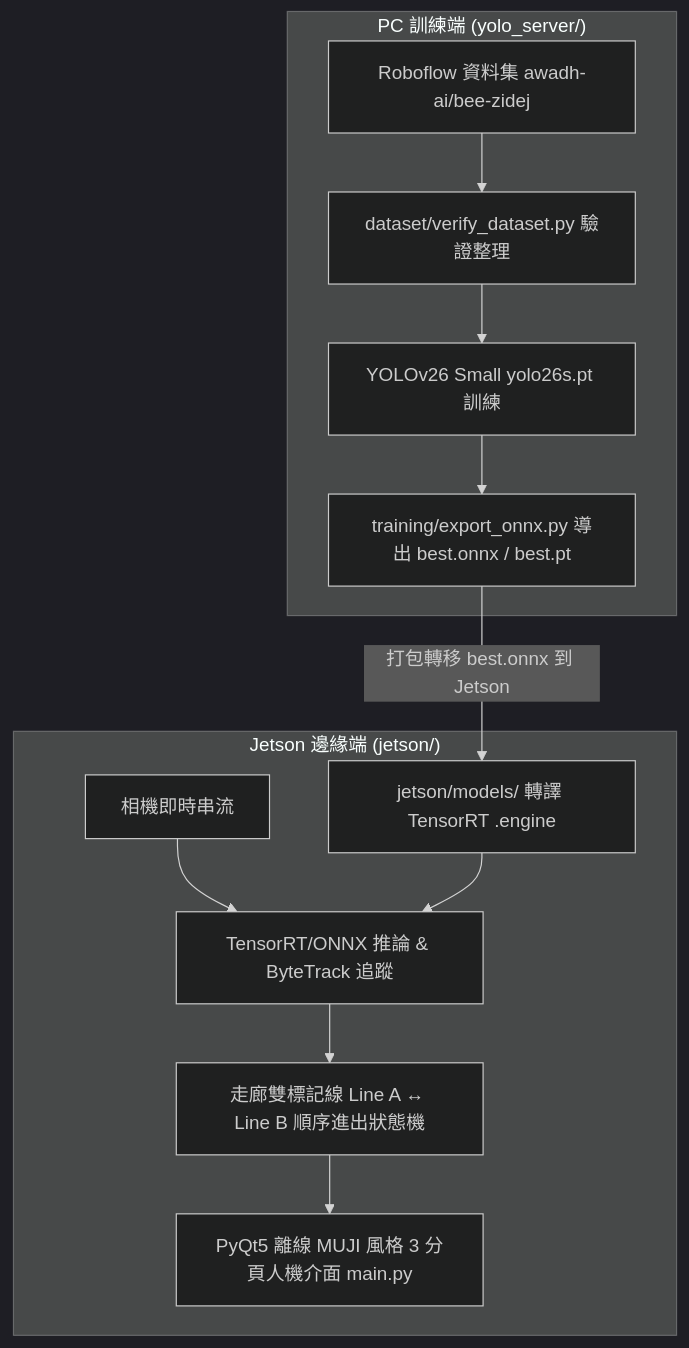
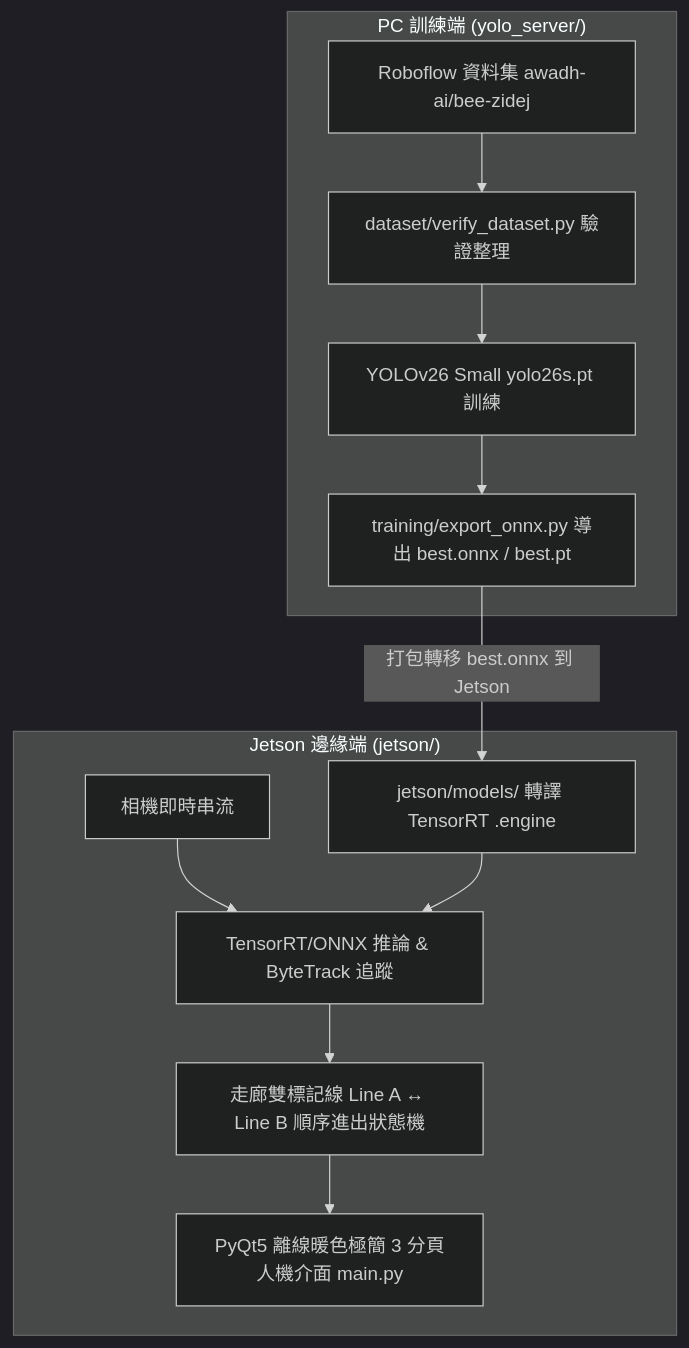
Before and after one commit to 94HappyWang/Bee_project: the diagram in README.md, drawn with Mermaid (dark theme). The commit also changed other lines of this file and 1 other file, not shown here.

````diff
--- a/README.md
+++ b/README.md
@@ -13,16 +13,16 @@
 ```mermaid
 flowchart TD
     subgraph PC ["PC 訓練端 (yolo_server/)"]
         A[Roboflow 資料集 awadh-ai/bee-zidej] --> B[dataset/verify_dataset.py 驗證整理]
         B --> C[YOLOv26 Small yolo26s.pt 訓練]
         C --> D[training/export_onnx.py 導出 best.onnx / best.pt]
     end
 
     subgraph Jetson ["Jetson 邊緣端 (jetson/)"]
         D -->|打包轉移 best.onnx 到 Jetson| E[jetson/models/ 轉譯 TensorRT .engine]
         F[相機即時串流] --> G[TensorRT/ONNX 推論 & ByteTrack 追蹤]
         E --> G
         G --> H[走廊雙標記線 Line A ↔ Line B 順序進出狀態機]
-        H --> I[PyQt5 離線 MUJI 風格 3 分頁人機介面 main.py]
+        H --> I[PyQt5 離線暖色極簡 3 分頁人機介面 main.py]
     end
 ```
````
